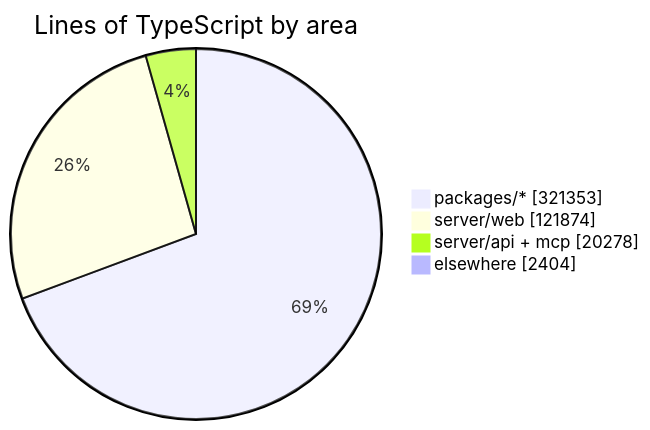
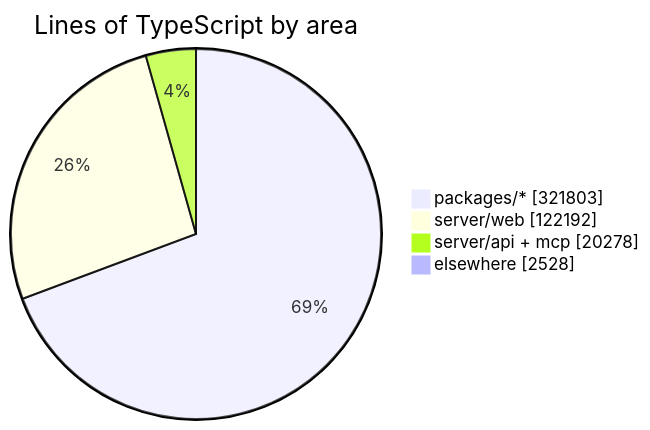
One commit to crossworks-engineering/mantle changed the diagram in README.md. Above: the diagram before and after it, drawn with Mermaid. The commit also changed other lines of this file and 2 other files, not shown here.

````diff
--- a/README.md
+++ b/README.md
@@ -294,7 +294,7 @@
 ```mermaid
 pie showData title Lines of TypeScript by area
-    "packages/*" : 321353
-    "server/web" : 121874
+    "packages/*" : 321803
+    "server/web" : 122192
     "server/api + mcp" : 20278
-    "elsewhere" : 2404
+    "elsewhere" : 2528
 ```
````
